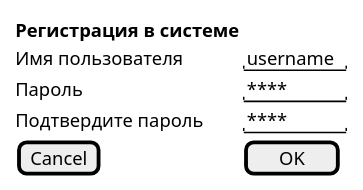
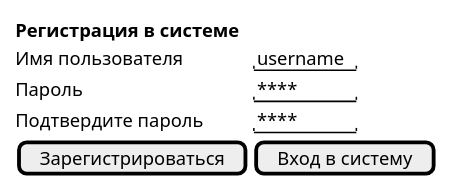
The diagram in interface/register.puml (Efimish/university-4sem-pis-coursework), drawn with PlantUML before and after one commit. The commit also changed other lines of this file and 22 other files, not shown here.

```diff
--- a/interface/register.puml
+++ b/interface/register.puml
@@ -1,9 +1,9 @@
 @startsalt Регистрация в системе
 {
   <b>Регистрация в системе
-  Имя пользователя   | "username"
-  Пароль             | "****    "
-  Подтвердите пароль | "****    "
-  [Cancel]           | [  OK   ]
+  Имя пользователя     | "username"
+  Пароль               | "****    "
+  Подтвердите пароль   | "****    "
+  [Зарегистрироваться] | [Вход в систему]
 }
 @endsalt
```
